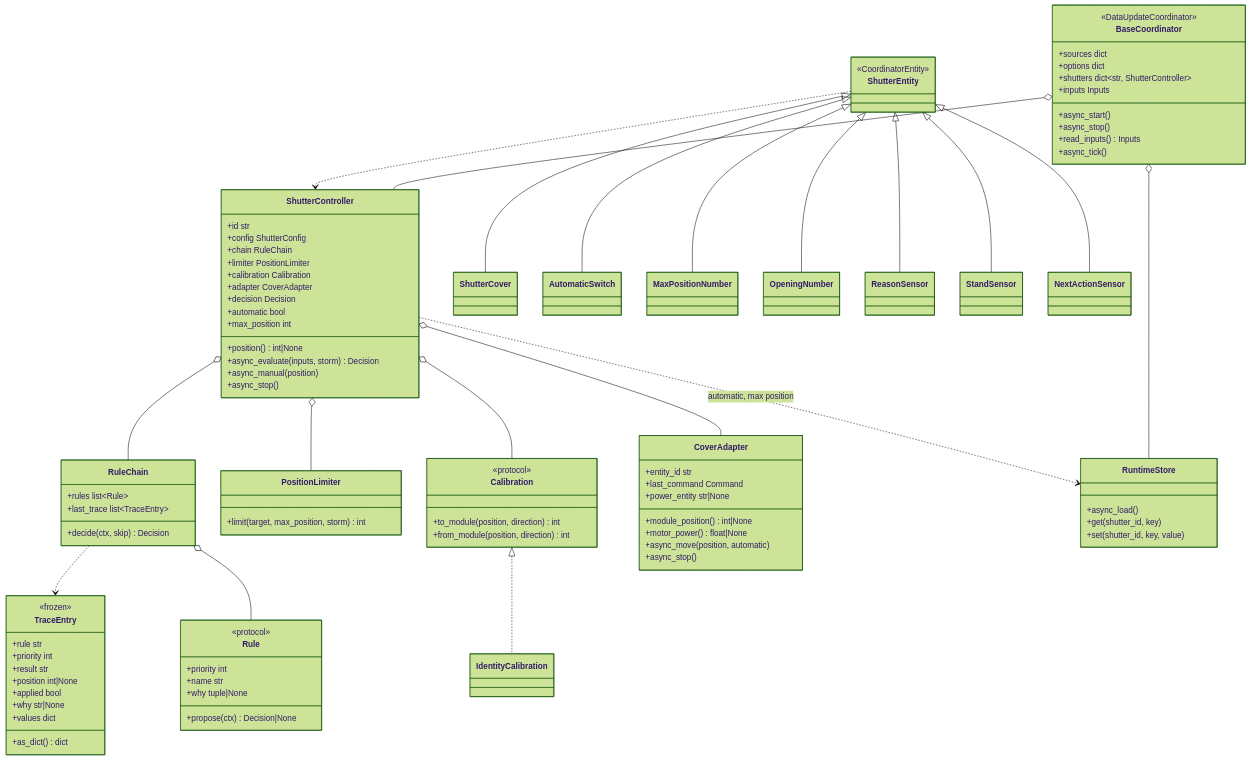
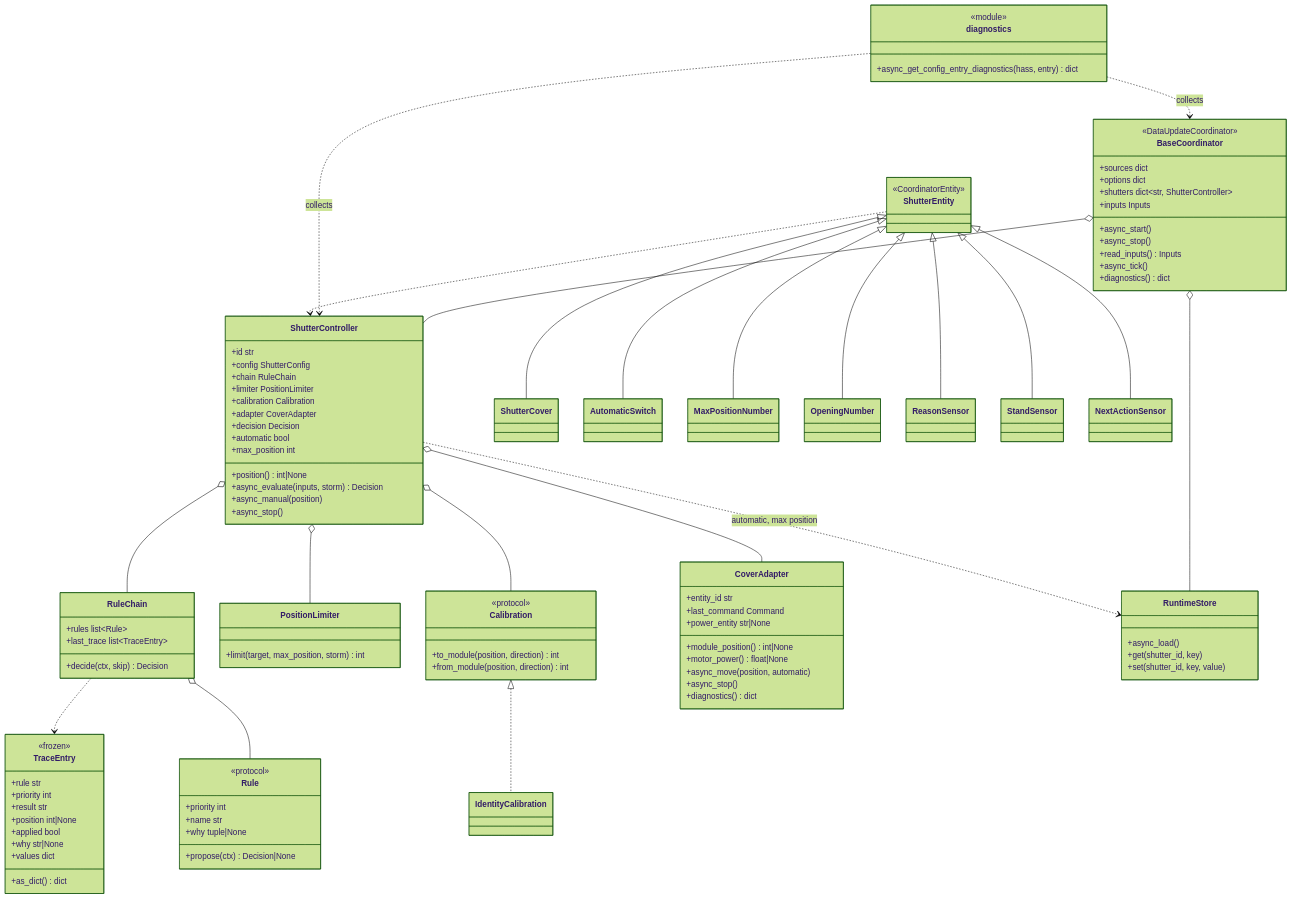
Before and after one commit to abroeders/smart-shutter-control: the fourth of 42 diagrams in docs/architecture.md, drawn with Mermaid (forest theme). The commit also changed 16 other files, not shown here.

```diff
--- a/docs/architecture.md
+++ b/docs/architecture.md
@@ -104,6 +104,11 @@
         +async_stop()
         +read_inputs() Inputs
         +async_tick()
+        +diagnostics() dict
+    }
+    class diagnostics {
+        <<module>>
+        +async_get_config_entry_diagnostics(hass, entry) dict
     }
     class ShutterController {
         +id str
@@ -161,6 +166,7 @@
         +motor_power() float|None
         +async_move(position, automatic)
         +async_stop()
+        +diagnostics() dict
     }
     class RuntimeStore {
         +async_load()
@@ -179,6 +185,8 @@
     ShutterEntity <|-- NextActionSensor
     BaseCoordinator o-- ShutterController
     BaseCoordinator o-- RuntimeStore
+    diagnostics ..> BaseCoordinator : collects
+    diagnostics ..> ShutterController : collects
     ShutterController o-- RuleChain
     RuleChain o-- Rule
     ShutterController o-- PositionLimiter
```
